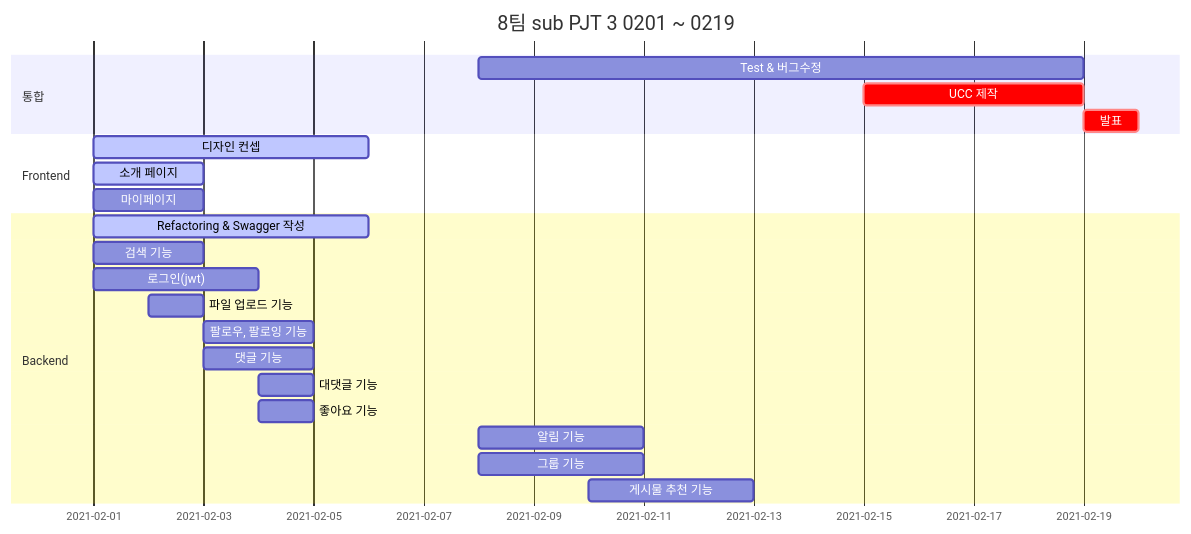
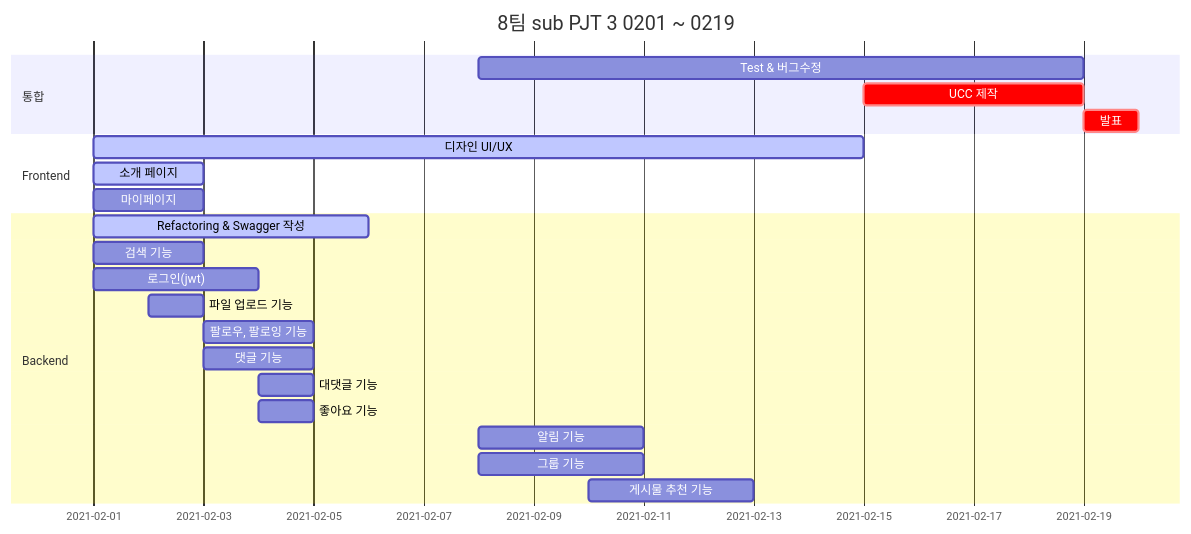
One commit to mingddo/3PM changed the diagram in README.md. Above: the diagram before and after it, drawn with Mermaid.

````diff
--- a/README.md
+++ b/README.md
@@ -17,29 +17,29 @@
 ```mermaid
 gantt
     dateFormat  YYYY-MM-DD
     title       8팀 sub PJT 3 0201 ~ 0219
 
     section 통합
     Test & 버그수정 :after, 2021-02-08, 11d
     UCC 제작 :crit, after, 2021-02-15, 4d
     발표 :crit, after, 2021-02-19, 1d
     
     section Frontend
-    디자인 컨셉 :active, 2021-02-01, 5d
+    디자인 UI/UX :active, 2021-02-01, 14d
     소개 페이지 :active, 2021-02-01, 2d
     마이페이지 :after, 2021-02-01, 2d
 
     section Backend
     Refactoring & Swagger 작성 :active, 2021-02-01, 5d
     검색 기능 :after, 2021-02-01, 2d
     로그인(jwt) :after, 2021-02-01, 3d
     파일 업로드 기능 :after, 2021-02-02, 1d
     팔로우, 팔로잉 기능 :after, 2021-02-03, 2d
     댓글 기능 :after, 2021-02-03, 2d
     대댓글 기능 :after, 2021-02-04, 1d
     좋아요 기능 :after, 2021-02-04, 1d
     알림 기능 :after, 2021-02-08, 3d
     그룹 기능 :after, 2021-02-08, 3d
     게시물 추천 기능 :after, 2021-02-10, 3d
 
 ```
````
